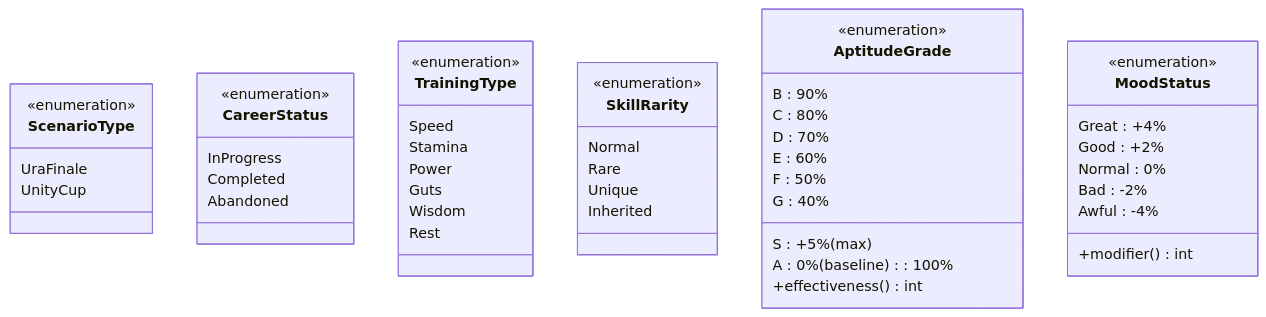
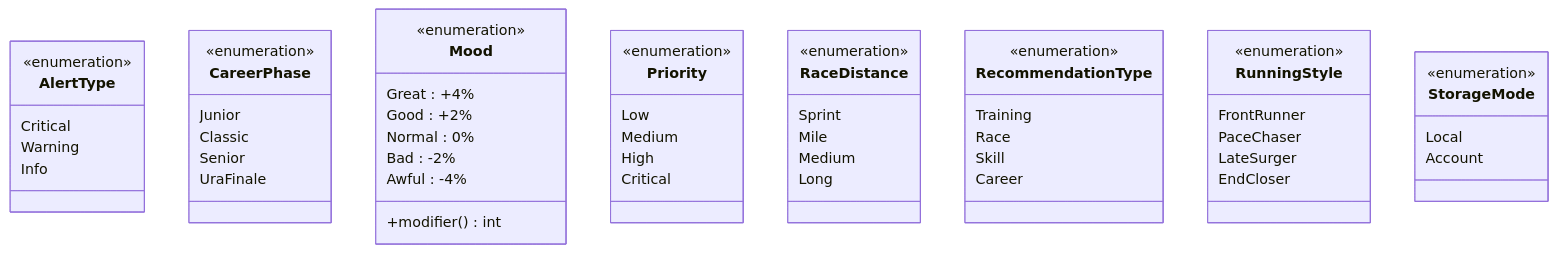
Before and after one commit to exatfrds67/umamusume-career-planner: the fourth of 12 diagrams in docs/00-core-docs/010_SCD_Source_Code_Documentation.md, drawn with Mermaid. The commit also changed other lines of this file and 1559 other files, not shown here.

````diff
--- a/docs/00-core-docs/010_SCD_Source_Code_Documentation.md
+++ b/docs/00-core-docs/010_SCD_Source_Code_Documentation.md
@@ -234,56 +234,65 @@
 ```mermaid
 classDiagram
-    class ScenarioType {
+    class AlertType {
         <<enumeration>>
-        UraFinale
-        UnityCup
+        Critical
+        Warning
+        Info
     }
     
-    class CareerStatus {
+    class CareerPhase {
         <<enumeration>>
-        InProgress
-        Completed
-        Abandoned
+        Junior
+        Classic
+        Senior
+        UraFinale
     }
     
-    class TrainingType {
-        <<enumeration>>
-        Speed
-        Stamina
-        Power
-        Guts
-        Wisdom
-        Rest
-    }
-    
-    class SkillRarity {
-        <<enumeration>>
-        Normal
-        Rare
-        Unique
-        Inherited
-    }
-    
-    class AptitudeGrade {
-        <<enumeration>>
-        S : +5% (max)
-        A : 0% (baseline) : 100%
-        B : 90%
-        C : 80%
-        D : 70%
-        E : 60%
-        F : 50%
-        G : 40%
-        +effectiveness() int
-    }
-    
-    class MoodStatus {
+    class Mood {
         <<enumeration>>
         Great : +4%
         Good : +2%
         Normal : 0%
         Bad : -2%
         Awful : -4%
         +modifier() int
     }
+    
+    class Priority {
+        <<enumeration>>
+        Low
+        Medium
+        High
+        Critical
+    }
+    
+    class RaceDistance {
+        <<enumeration>>
+        Sprint
+        Mile
+        Medium
+        Long
+    }
+    
+    class RecommendationType {
+        <<enumeration>>
+        Training
+        Race
+        Skill
+        Career
+    }
+    
+    class RunningStyle {
+        <<enumeration>>
+        FrontRunner
+        PaceChaser
+        LateSurger
+        EndCloser
+    }
+    
+    class StorageMode {
+        <<enumeration>>
+        Local
+        Account
+    }
 ```
````
